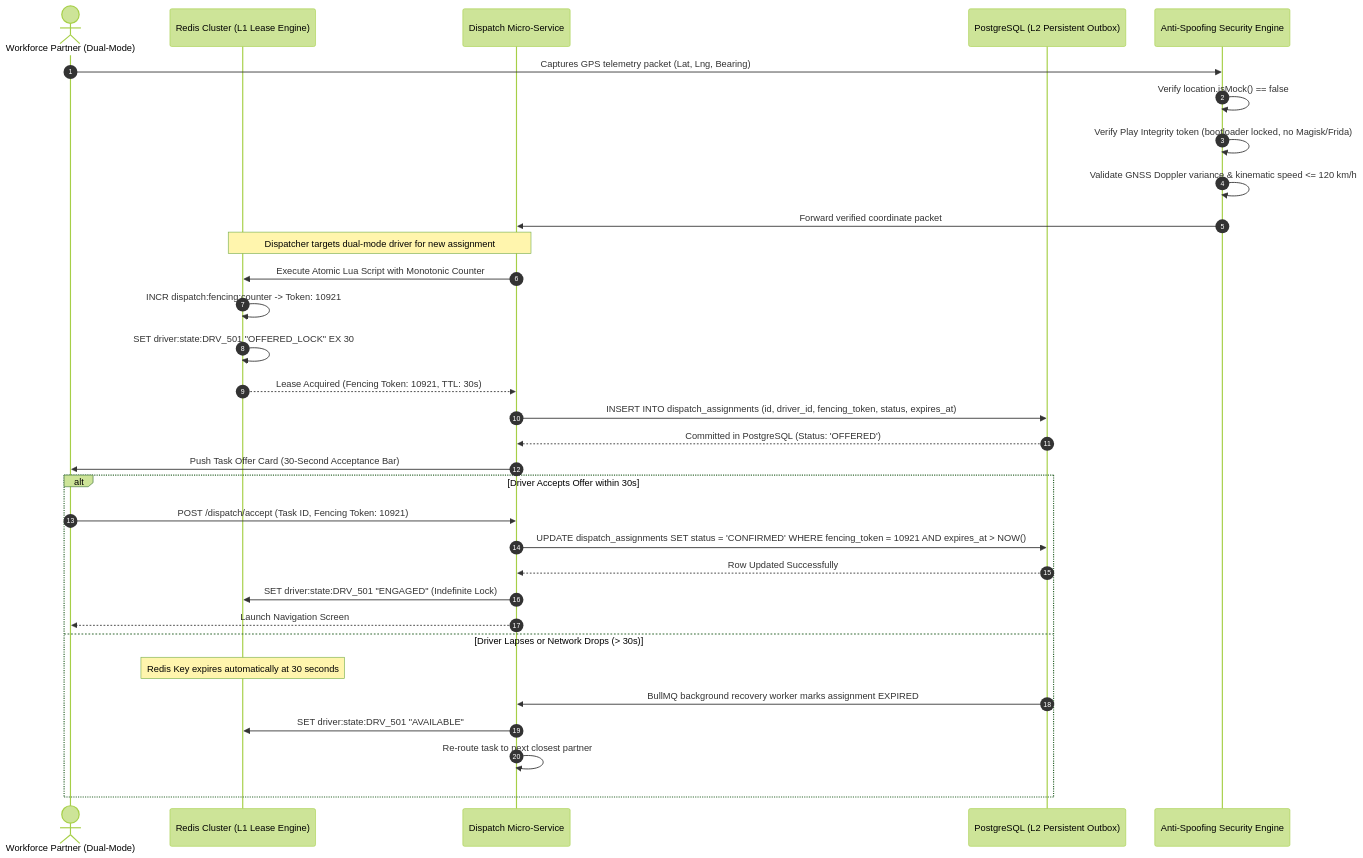
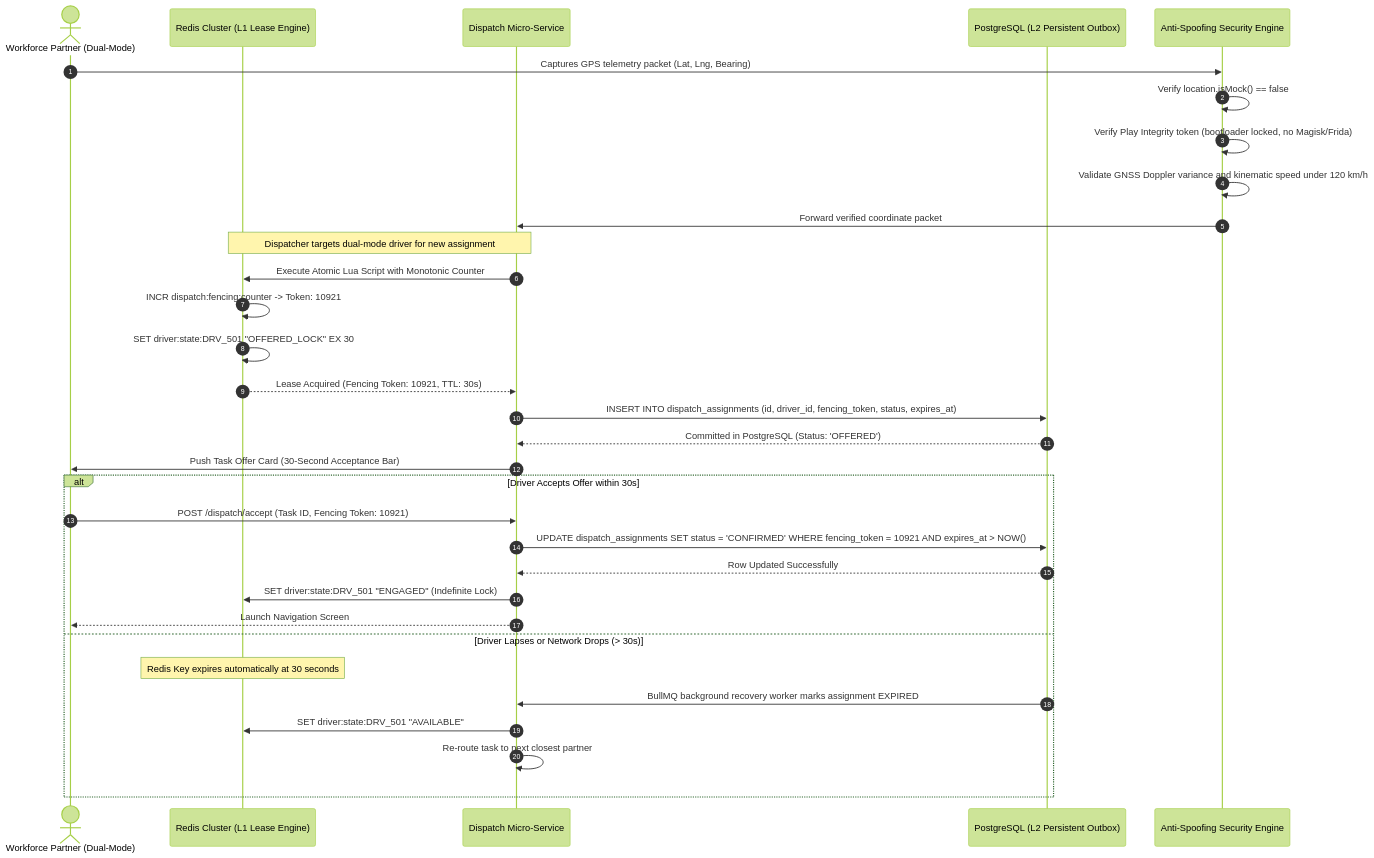
Diagram 12 of 12 in docs/06_visual_hierarchy_and_flows/high_level_visual_hierarchy.md (programmerfiroz/all-in-one), drawn with Mermaid (forest theme) before and after one commit. The commit also changed other lines of this file, not shown here.

Commit message:
fix(visual): sanitize mermaid sequence diagrams by removing semicolons and illegal tokens for github renderer

````diff
--- a/docs/06_visual_hierarchy_and_flows/high_level_visual_hierarchy.md
+++ b/docs/06_visual_hierarchy_and_flows/high_level_visual_hierarchy.md
@@ -411,40 +411,40 @@
 ```mermaid
 sequenceDiagram
     autonumber
     actor Driver as Workforce Partner (Dual-Mode)
     participant Redis as Redis Cluster (L1 Lease Engine)
     participant Dispatch as Dispatch Micro-Service
     participant DB as PostgreSQL (L2 Persistent Outbox)
     participant Sec as Anti-Spoofing Security Engine
 
     Driver->>Sec: Captures GPS telemetry packet (Lat, Lng, Bearing)
     Sec->>Sec: Verify location.isMock() == false
     Sec->>Sec: Verify Play Integrity token (bootloader locked, no Magisk/Frida)
-    Sec->>Sec: Validate GNSS Doppler variance & kinematic speed <= 120 km/h
+    Sec->>Sec: Validate GNSS Doppler variance and kinematic speed under 120 km/h
     Sec->>Dispatch: Forward verified coordinate packet
     
     Note over Dispatch,Redis: Dispatcher targets dual-mode driver for new assignment
     
     Dispatch->>Redis: Execute Atomic Lua Script with Monotonic Counter
     Redis->>Redis: INCR dispatch:fencing:counter -> Token: 10921
     Redis->>Redis: SET driver:state:DRV_501 "OFFERED_LOCK" EX 30
     Redis-->>Dispatch: Lease Acquired (Fencing Token: 10921, TTL: 30s)
     
     Dispatch->>DB: INSERT INTO dispatch_assignments (id, driver_id, fencing_token, status, expires_at)
     DB-->>Dispatch: Committed in PostgreSQL (Status: 'OFFERED')
     
     Dispatch->>Driver: Push Task Offer Card (30-Second Acceptance Bar)
     
     alt Driver Accepts Offer within 30s
         Driver->>Dispatch: POST /dispatch/accept (Task ID, Fencing Token: 10921)
         Dispatch->>DB: UPDATE dispatch_assignments SET status = 'CONFIRMED' WHERE fencing_token = 10921 AND expires_at > NOW()
         DB-->>Dispatch: Row Updated Successfully
         Dispatch->>Redis: SET driver:state:DRV_501 "ENGAGED" (Indefinite Lock)
         Dispatch-->>Driver: Launch Navigation Screen
     else Driver Lapses or Network Drops (> 30s)
         Note over Redis: Redis Key expires automatically at 30 seconds
         DB->>Dispatch: BullMQ background recovery worker marks assignment EXPIRED
         Dispatch->>Redis: SET driver:state:DRV_501 "AVAILABLE"
         Dispatch->>Dispatch: Re-route task to next closest partner
     end
 ```
````
